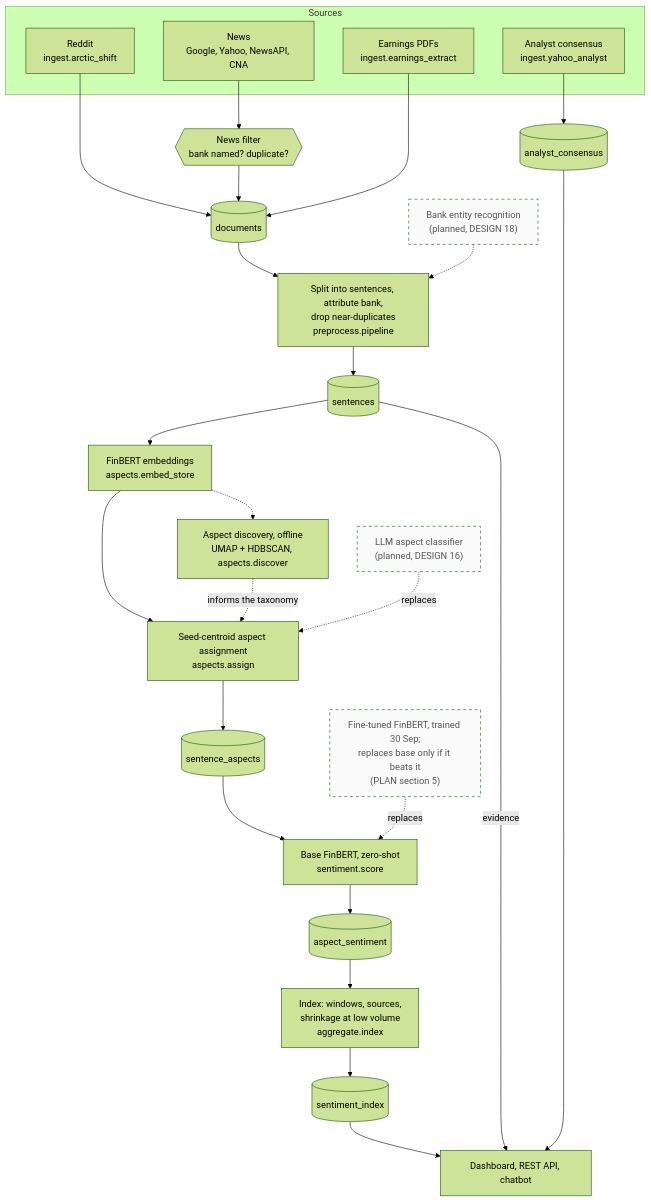
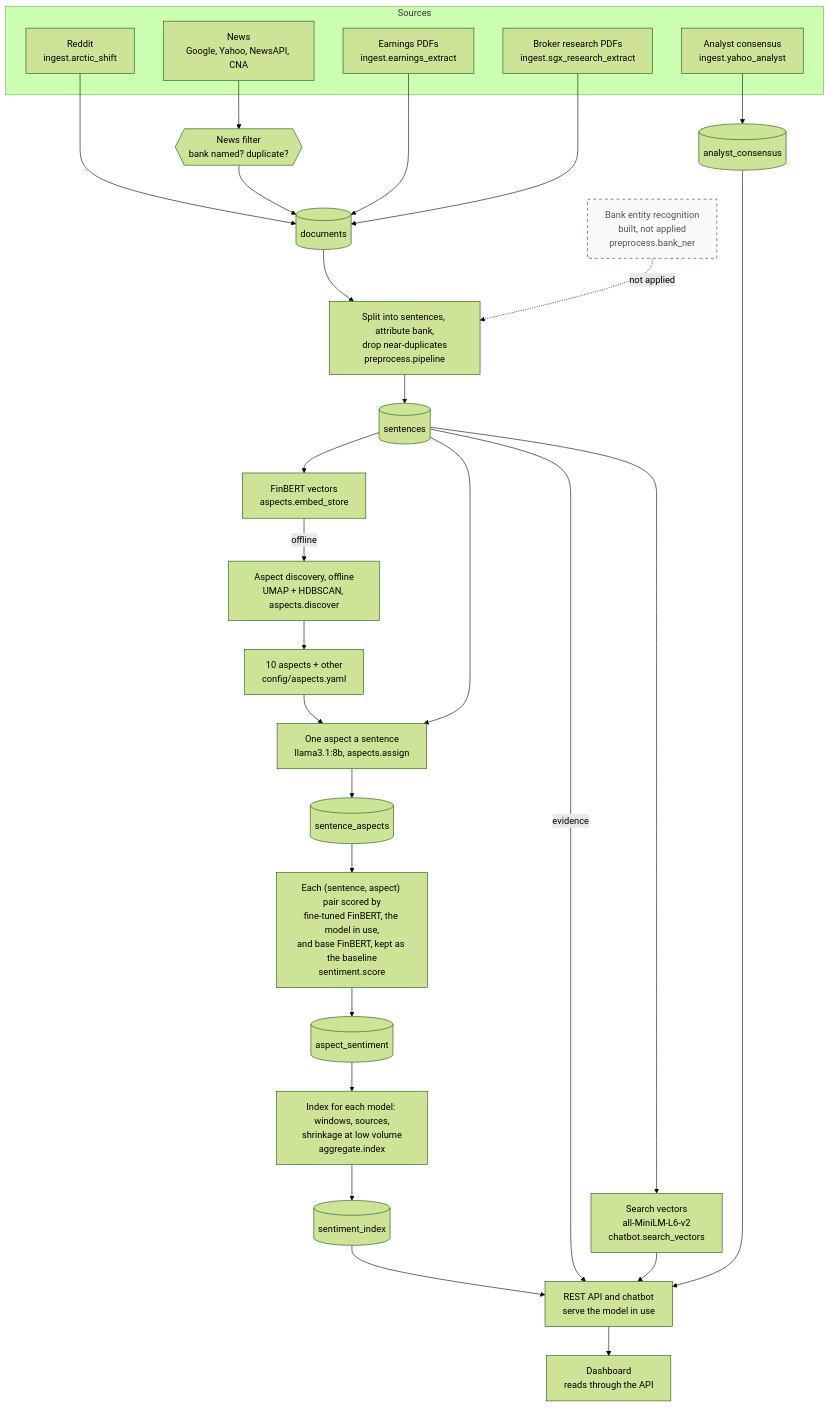
One commit to Gavingyh/plp-project changed the diagram in docs/diagrams/src/04-pipeline.mmd. Above: the diagram before and after it, drawn with Mermaid (forest theme). The commit also changed 124 other files, not shown here.

```diff
--- a/docs/diagrams/src/04-pipeline.mmd
+++ b/docs/diagrams/src/04-pipeline.mmd
@@ -1,48 +1,52 @@
 flowchart TB
   accTitle: Processing pipeline
-  accDescr: Sources are ingested into documents, split into sentences, embedded, tagged with aspects, scored and aggregated into an index that the dashboard, API and chatbot read. Planned replacements are dashed.
+  accDescr: Sources are ingested into documents and split into sentences. A local LLM gives each sentence one aspect from the ten found by offline discovery. Each sentence and aspect pair is scored by the fine-tuned model in use and by base FinBERT, both stored, and aggregated into an index for each model. The API serves the model in use, with the evidence, to the dashboard and the chatbot. Bank entity recognition is built but not applied.
 
   subgraph src["Sources"]
     reddit["Reddit<br/>ingest.arctic_shift"]
     news["News<br/>Google, Yahoo, NewsAPI, CNA"]
     pdfs["Earnings PDFs<br/>ingest.earnings_extract"]
+    broker["Broker research PDFs<br/>ingest.sgx_research_extract"]
     cons["Analyst consensus<br/>ingest.yahoo_analyst"]
   end
 
   filt{{"News filter<br/>bank named? duplicate?"}}
   docs[("documents")]
   acons[("analyst_consensus")]
   prep["Split into sentences, attribute bank,<br/>drop near-duplicates<br/>preprocess.pipeline"]
-  ner["Bank entity recognition<br/>(planned, DESIGN 18)"]
+  ner["Bank entity recognition<br/>built, not applied<br/>preprocess.bank_ner"]
   sents[("sentences")]
-  emb["FinBERT embeddings<br/>aspects.embed_store"]
+  emb["FinBERT vectors<br/>aspects.embed_store"]
   disc["Aspect discovery, offline<br/>UMAP + HDBSCAN, aspects.discover"]
-  assign["Seed-centroid aspect assignment<br/>aspects.assign"]
-  llm["LLM aspect classifier<br/>(planned, DESIGN 16)"]
+  tax["10 aspects + other<br/>config/aspects.yaml"]
+  assign["One aspect a sentence<br/>llama3.1:8b, aspects.assign"]
   sa[("sentence_aspects")]
-  score["Base FinBERT, zero-shot<br/>sentiment.score"]
-  ft["Fine-tuned FinBERT, trained 30 Sep;<br/>replaces base only if it beats it<br/>(PLAN section 5)"]
+  score["Each (sentence, aspect) pair scored by<br/>fine-tuned FinBERT, the model in use,<br/>and base FinBERT, kept as the baseline<br/>sentiment.score"]
   as[("aspect_sentiment")]
-  agg["Index: windows, sources,<br/>shrinkage at low volume<br/>aggregate.index"]
+  agg["Index for each model: windows, sources,<br/>shrinkage at low volume<br/>aggregate.index"]
   idx[("sentiment_index")]
-  ui["Dashboard, REST API, chatbot"]
+  svec["Search vectors<br/>all-MiniLM-L6-v2<br/>chatbot.search_vectors"]
+  api["REST API and chatbot<br/>serve the model in use"]
+  dash["Dashboard<br/>reads through the API"]
 
   reddit --> docs
   news --> filt --> docs
   pdfs --> docs
+  broker --> docs
   cons --> acons
   docs --> prep --> sents
-  ner -.-> prep
-  sents --> emb --> assign --> sa
-  emb -.-> disc
-  disc -. "informs the taxonomy" .-> assign
-  llm -. "replaces" .-> assign
+  ner -. "not applied" .-> prep
+  sents --> emb -- "offline" --> disc --> tax
+  tax --> assign
+  sents --> assign --> sa
   sa --> score --> as
-  ft -. "replaces" .-> score
   as --> agg --> idx
-  idx --> ui
-  sents -- "evidence" --> ui
-  acons --> ui
+  sents --> svec
+  idx --> api
+  sents -- "evidence" --> api
+  svec --> api
+  acons --> api
+  api --> dash
 
-  classDef planned stroke-dasharray: 5 5,color:#555,fill:#fafafa;
-  class ner,llm,ft planned;
+  classDef inactive stroke-dasharray: 5 5,color:#555,fill:#fafafa;
+  class ner inactive;
```
